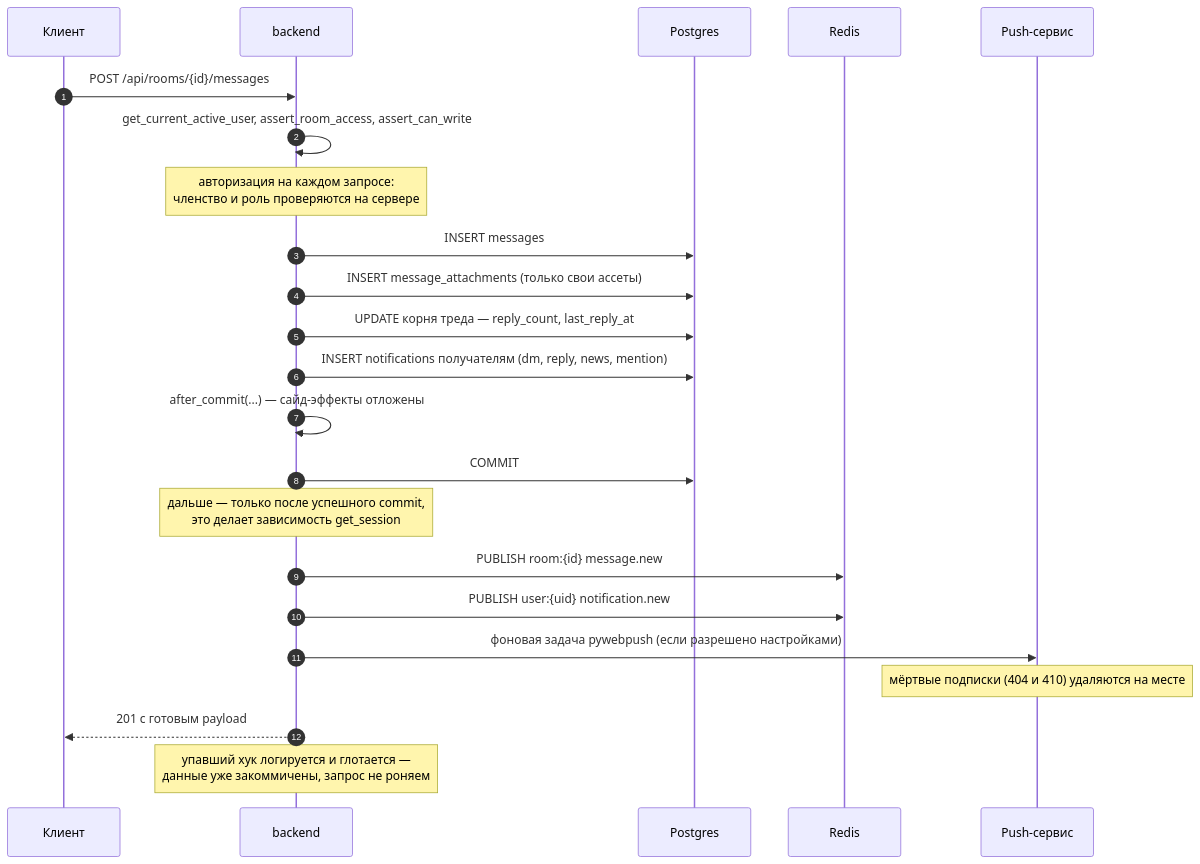
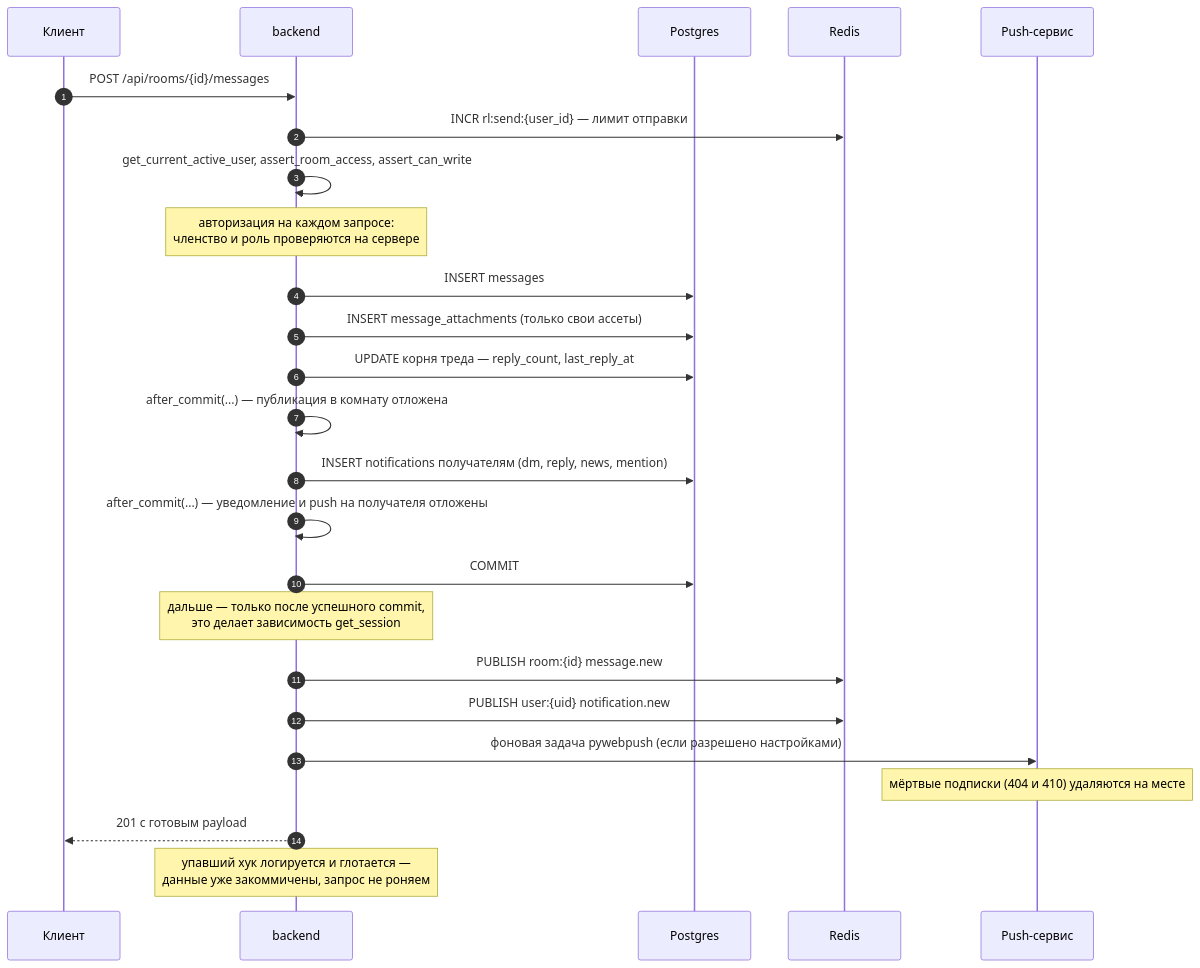
Before and after one commit to code-tamer3000/argonautica-platfrorm: diagram 14 of 20 in docs/ARCHITECTURE.md, drawn with Mermaid. The commit also changed other lines of this file, not shown here.

First line of the commit message:
docs: синхронизировать ARCHITECTURE.md с реальностью бэкенда

````diff
--- a/docs/ARCHITECTURE.md
+++ b/docs/ARCHITECTURE.md
@@ -643,27 +848,29 @@
 ```mermaid
 sequenceDiagram
     autonumber
     participant C as Клиент
     participant A as backend
     participant P as Postgres
     participant R as Redis
     participant W as Push-сервис
 
     C->>A: POST /api/rooms/{id}/messages
+    A->>R: INCR rl:send:{user_id} — лимит отправки
     A->>A: get_current_active_user, assert_room_access, assert_can_write
     Note over A: авторизация на каждом запросе:<br/>членство и роль проверяются на сервере
     A->>P: INSERT messages
     A->>P: INSERT message_attachments (только свои ассеты)
     A->>P: UPDATE корня треда — reply_count, last_reply_at
+    A->>A: after_commit(...) — публикация в комнату отложена
     A->>P: INSERT notifications получателям (dm, reply, news, mention)
-    A->>A: after_commit(...) — сайд-эффекты отложены
+    A->>A: after_commit(...) — уведомление и push на получателя отложены
     A->>P: COMMIT
 
     Note over A: дальше — только после успешного commit,<br/>это делает зависимость get_session
     A->>R: PUBLISH room:{id} message.new
     A->>R: PUBLISH user:{uid} notification.new
     A->>W: фоновая задача pywebpush (если разрешено настройками)
     Note over W: мёртвые подписки (404 и 410) удаляются на месте
     A-->>C: 201 с готовым payload
     Note over A: упавший хук логируется и глотается —<br/>данные уже закоммичены, запрос не роняем
 ```
````
